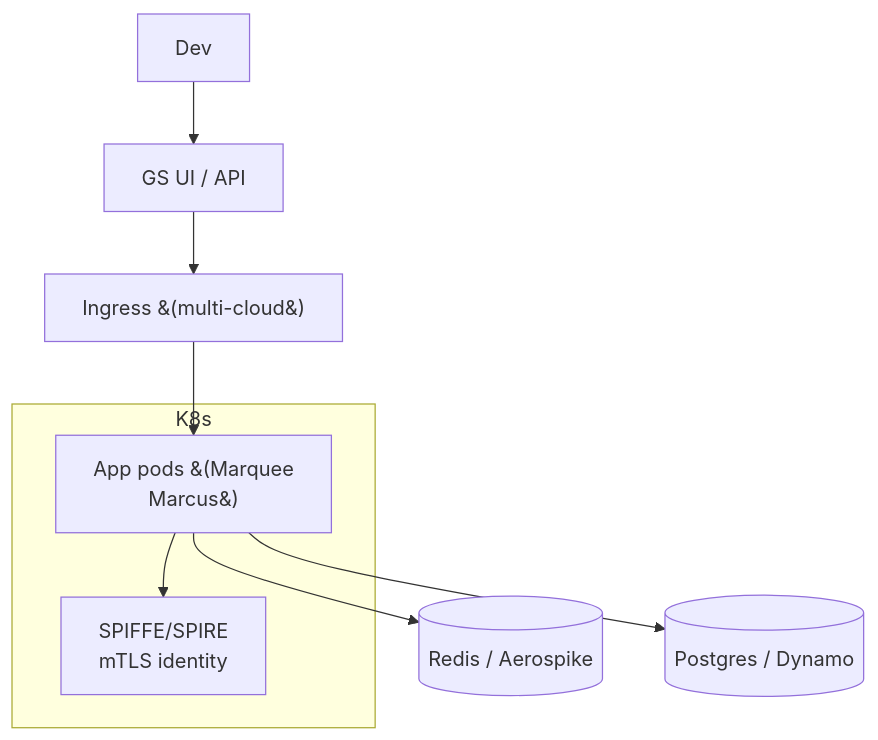
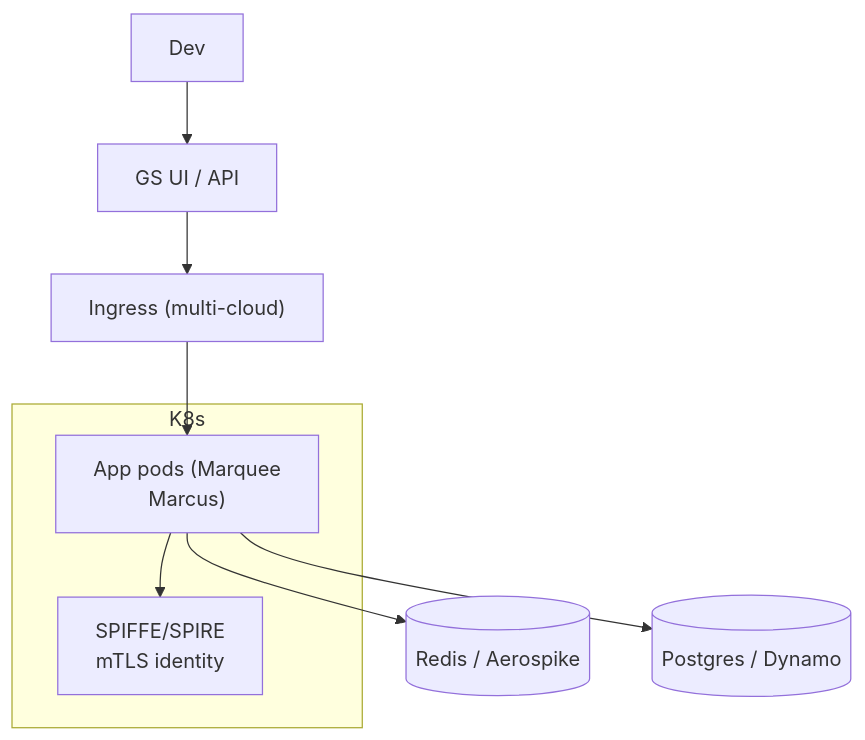
Before and after one commit to WhoisMonesh/K8S-Everything: the diagram in 17-company-cases/goldman-sachs.md, drawn with Mermaid. The commit also changed 15 other files, not shown here.

First line of the commit message:
Fix Mermaid parentheses syntax - use quoted labels

````diff
--- a/17-company-cases/goldman-sachs.md
+++ b/17-company-cases/goldman-sachs.md
@@ -24,12 +24,12 @@
 ```mermaid
 graph TD
     Dev --> GS[GS UI / API]
-    GS --> Ingress[Ingress &#40;multi-cloud&#41;]
-    Ingress --> Apps[App pods &#40;Marquee<br/>Marcus&#41;]
+    GS --> Ingress["Ingress (multi-cloud)"]
+    Ingress --> Apps["App pods (Marquee<br/>Marcus)"]
     Apps --> Cache[(Redis / Aerospike)]
     Apps --> DB[(Postgres / Dynamo)]
     subgraph K8s
         SPIFFE[SPIFFE/SPIRE<br/>mTLS identity]
         Apps --> SPIFFE
     end
 ```
````
